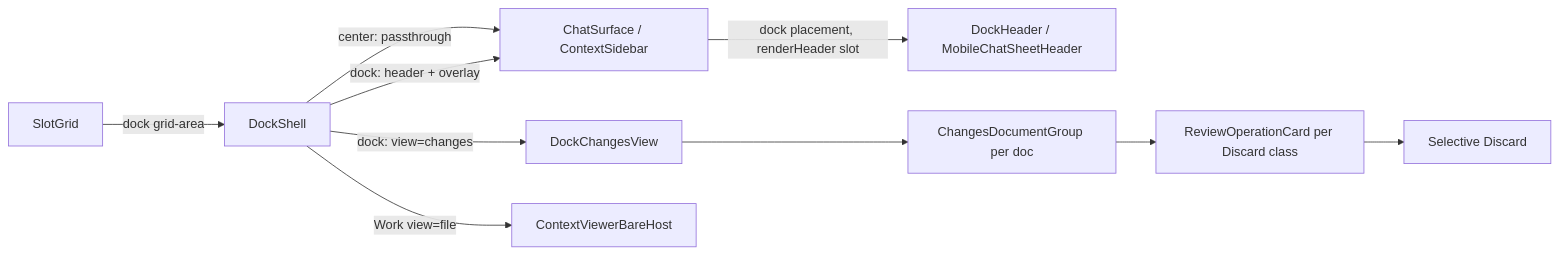
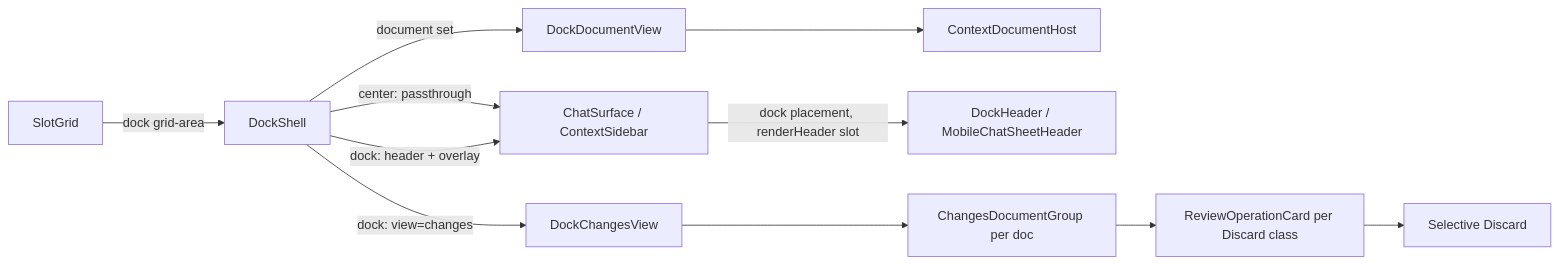
The diagram in apps/app/src/features/project/dock/.context/CONTEXT.md (haowjy/meridian-flow), drawn with Mermaid before and after one commit. The commit also changed other lines of this file and 40 other files, not shown here.

First line of the commit message:
feat(app): the dock shows one document in the standard editor

````diff
--- a/apps/app/src/features/project/dock/.context/CONTEXT.md
+++ b/apps/app/src/features/project/dock/.context/CONTEXT.md
@@ -120,12 +147,13 @@
 ```mermaid
 flowchart LR
     Grid[SlotGrid] -->|dock grid-area| DockShell
     DockShell -->|center: passthrough| Occupant[ChatSurface / ContextSidebar]
     DockShell -->|dock: header + overlay| Occupant
 DockShell -->|dock: view=changes| Changes[DockChangesView]
-DockShell -->|Work view=file| File[ContextViewerBareHost]
+DockShell -->|document set| Doc[DockDocumentView]
+    Doc --> DocHost[ContextDocumentHost]
     Occupant -->|dock placement, renderHeader slot| Header[DockHeader / MobileChatSheetHeader]
     Changes --> DocGroup[ChangesDocumentGroup per doc]
     DocGroup --> Card[ReviewOperationCard per Discard class]
     Card --> Verbs[Selective Discard]
 ```
````
